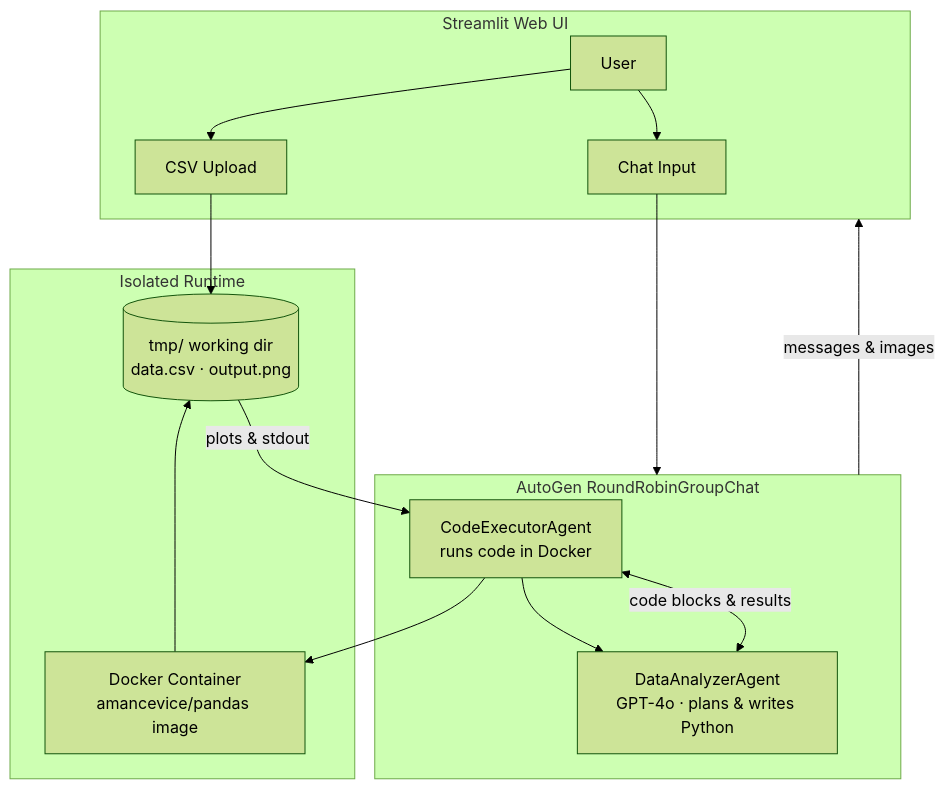
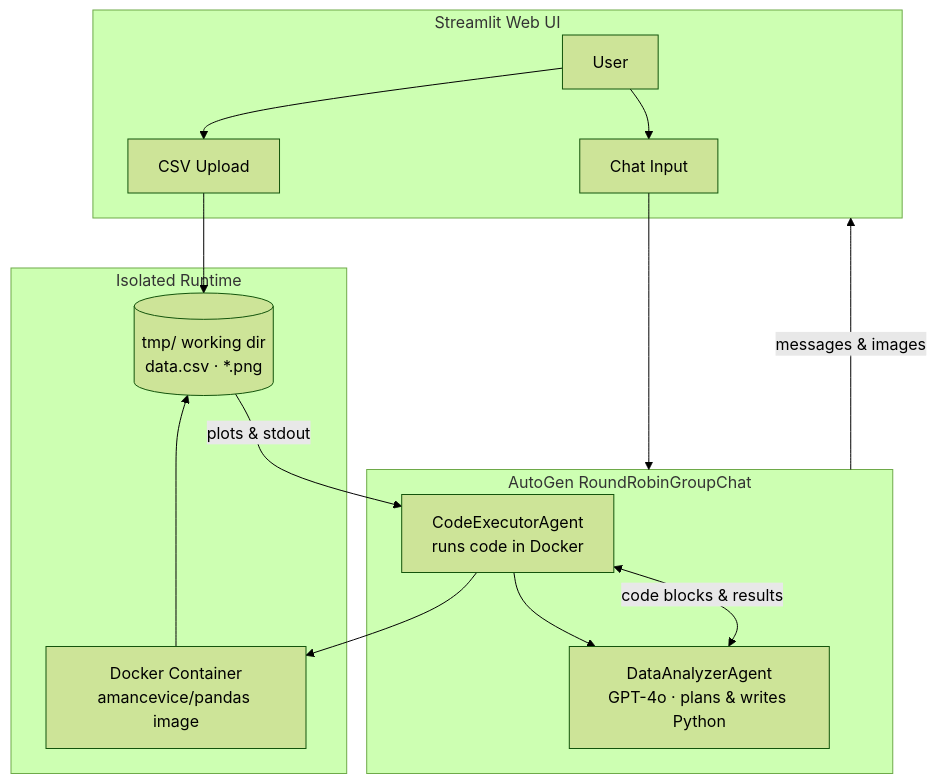
One commit to Geekynerd1605/AnalyserGPT changed the diagram in README.md. Above: the diagram before and after it, drawn with Mermaid (forest theme). The commit also changed other lines of this file and 9 other files, not shown here.

````diff
--- a/README.md
+++ b/README.md
@@ -32,29 +32,29 @@
 ```mermaid
 flowchart TB
     subgraph UI["Streamlit Web UI"]
         U[User]
         UP[CSV Upload]
         CH[Chat Input]
     end
 
     subgraph Team["AutoGen RoundRobinGroupChat"]
         DA[DataAnalyzerAgent<br/>GPT-4o · plans & writes Python]
         CE[CodeExecutorAgent<br/>runs code in Docker]
     end
 
     subgraph Runtime["Isolated Runtime"]
         DK[Docker Container<br/>amancevice/pandas image]
-        WD[(tmp/ working dir<br/>data.csv · output.png)]
+        WD[(tmp/ working dir<br/>data.csv · *.png)]
     end
 
     U --> UP
     U --> CH
     CH --> Team
     UP --> WD
     DA <-->|code blocks & results| CE
     CE --> DK
     DK --> WD
     WD -->|plots & stdout| CE
     CE --> DA
     Team -->|messages & images| UI
 ```
````
